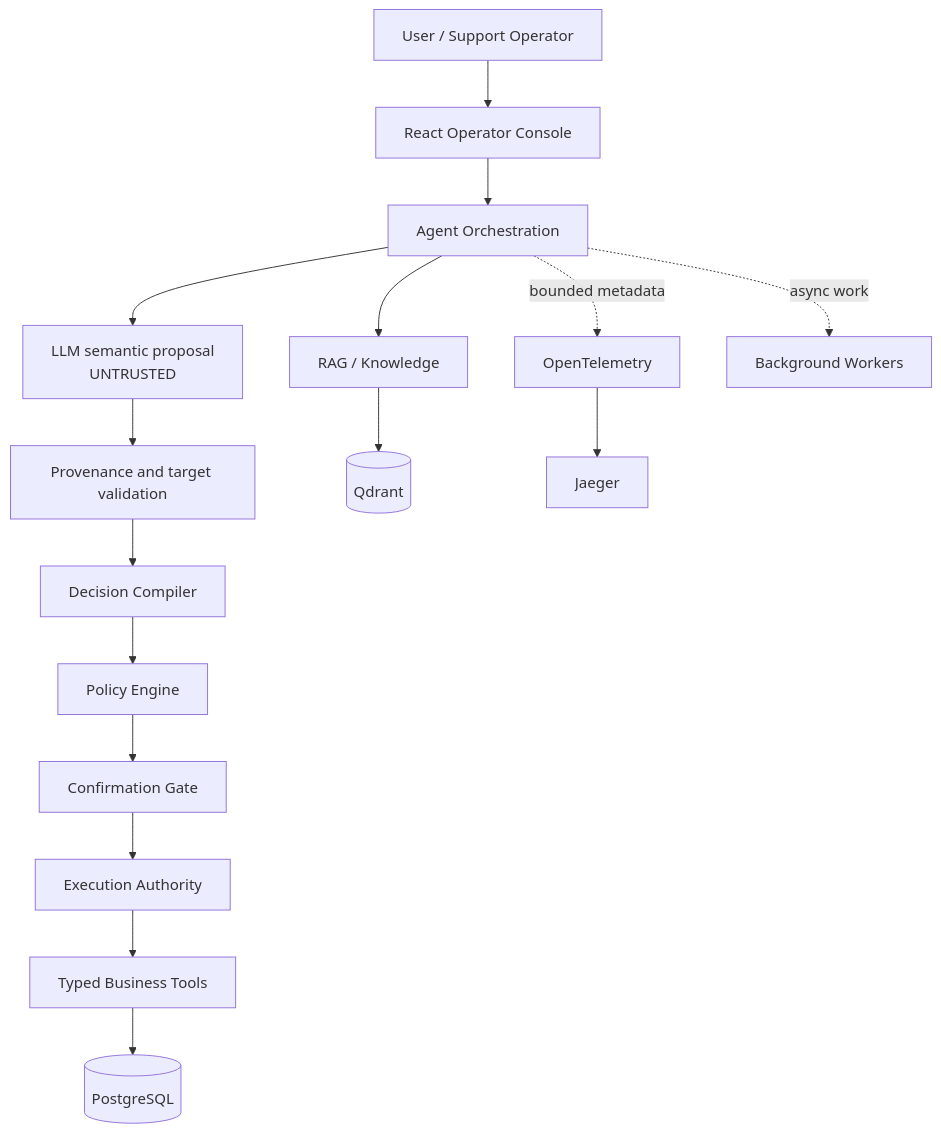
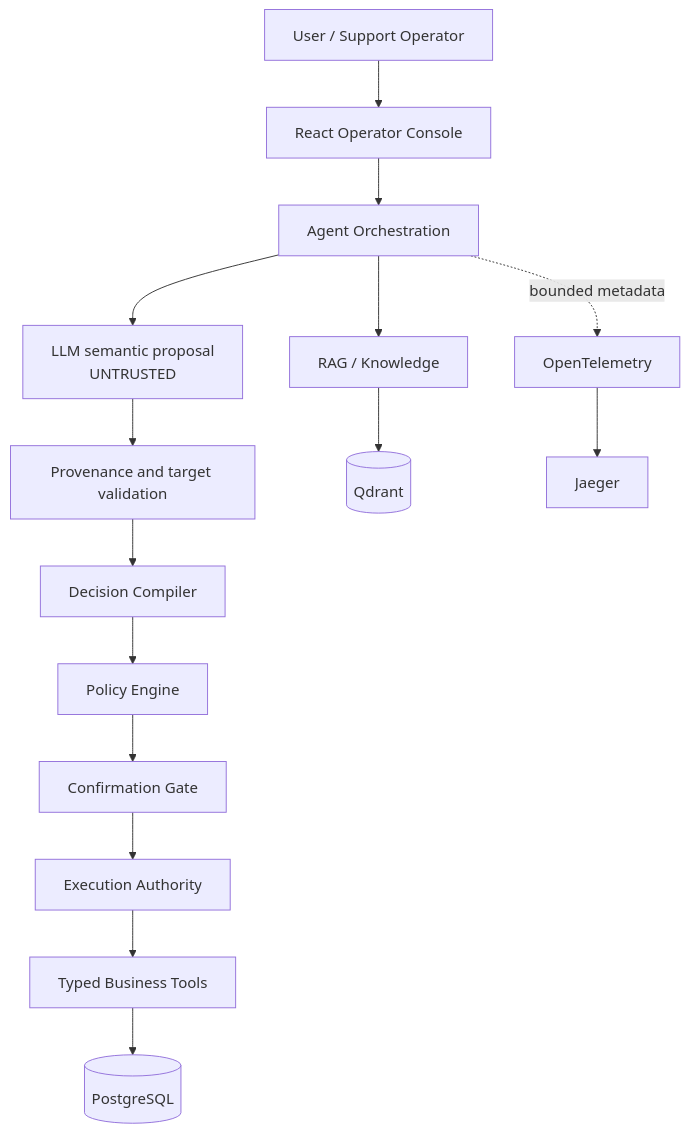
One commit to BopsAIle/agentic-customer-service-platform changed the diagram in README.md. Above: the diagram before and after it, drawn with Mermaid. The commit also changed other lines of this file and 7 other files, not shown here.

````diff
--- a/README.md
+++ b/README.md
@@ -51,18 +51,17 @@
 ```mermaid
 flowchart TB
     USER[User / Support Operator] --> CONSOLE[React Operator Console]
     CONSOLE --> AGENT[Agent Orchestration]
     AGENT --> LLM[LLM semantic proposal\nUNTRUSTED]
     LLM --> VALIDATE[Provenance and target validation]
     VALIDATE --> COMPILER[Decision Compiler]
     COMPILER --> POLICY[Policy Engine]
     POLICY --> CONFIRM[Confirmation Gate]
     CONFIRM --> AUTHORITY[Execution Authority]
     AUTHORITY --> TOOLS[Typed Business Tools]
     TOOLS --> POSTGRES[(PostgreSQL)]
     AGENT --> RAG[RAG / Knowledge]
     RAG --> QDRANT[(Qdrant)]
     AGENT -. bounded metadata .-> OTEL[OpenTelemetry]
     OTEL --> JAEGER[Jaeger]
-    AGENT -. async work .-> WORKERS[Background Workers]
 ```
````
